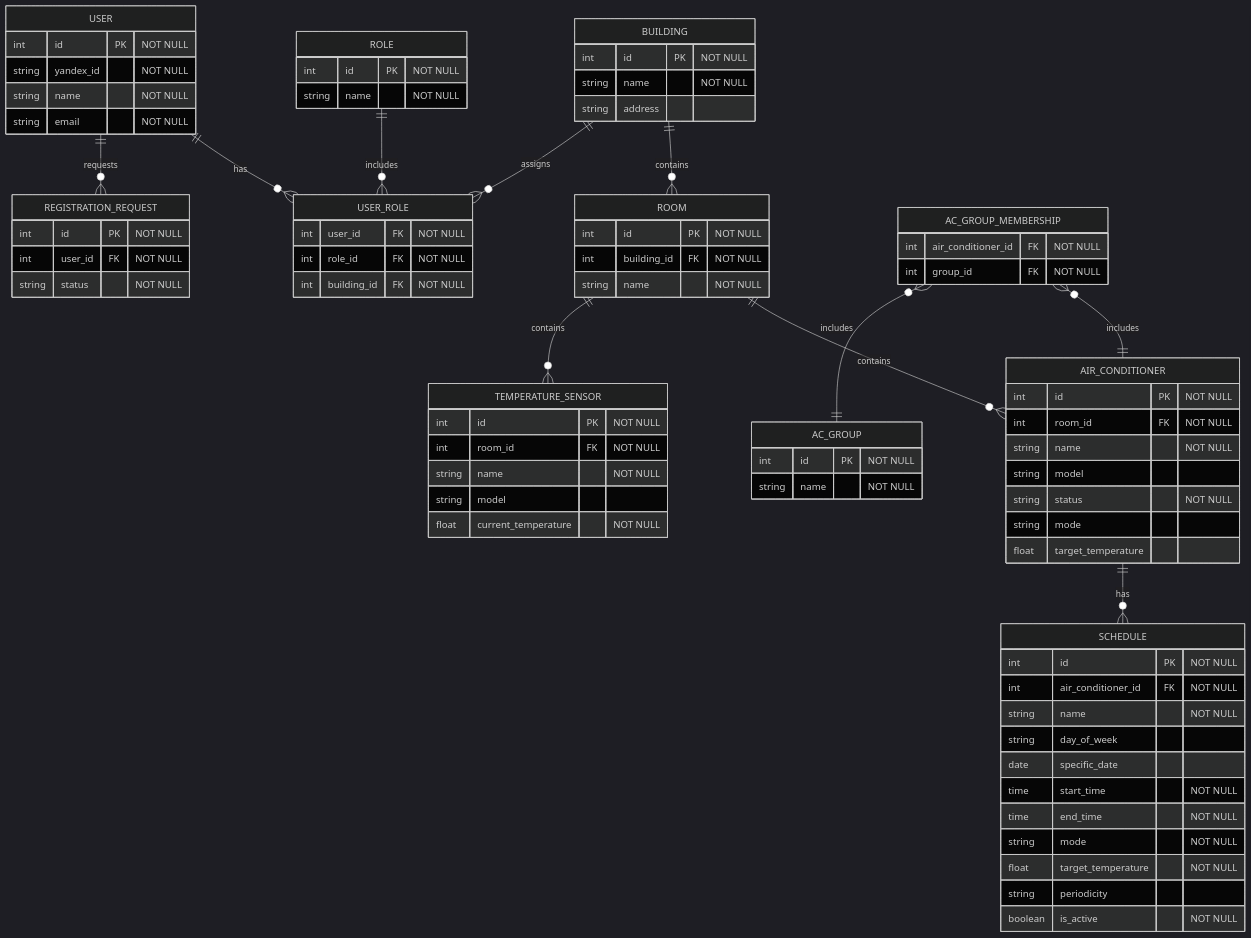
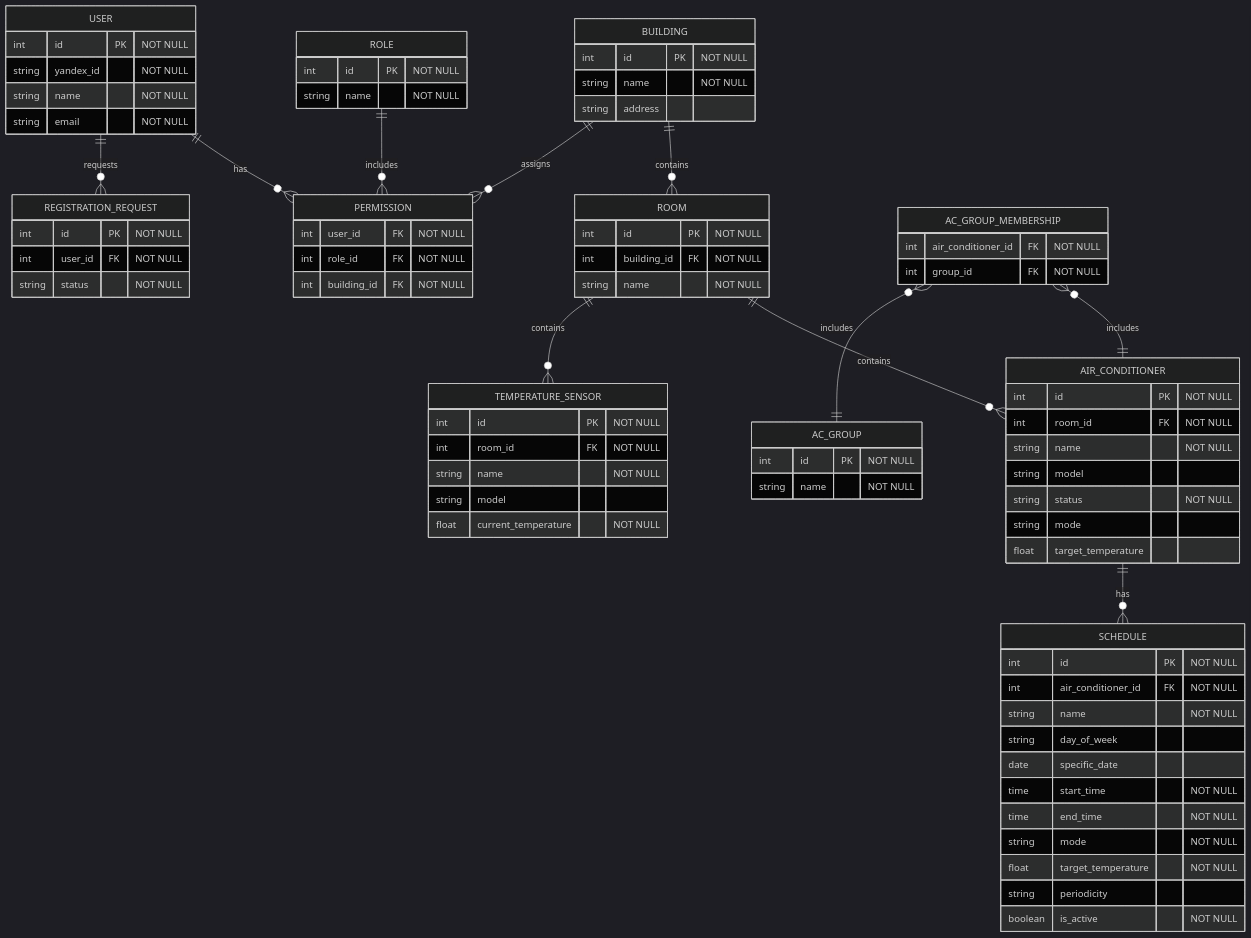
Before and after one commit to dllnnx/is-coursework: the diagram in docs/data-model.mmd, drawn with Mermaid (dark theme). The commit also changed 1 other file, not shown here.

Commit message:
change user_role to permission

```diff
--- a/docs/data-model.mmd
+++ b/docs/data-model.mmd
@@ -1,90 +1,90 @@
 erDiagram
     USER {
         int id PK "NOT NULL"
         string yandex_id "NOT NULL"
         string name "NOT NULL"
         string email "NOT NULL"
     }
     
     ROLE {
         int id PK "NOT NULL"
         string name "NOT NULL"
     }
     
     BUILDING {
         int id PK "NOT NULL"
         string name "NOT NULL"
         string address 
     }
     
     ROOM {
         int id PK "NOT NULL"
         int building_id FK "NOT NULL"
         string name "NOT NULL"
     }
     
     AIR_CONDITIONER {
         int id PK "NOT NULL"
         int room_id FK "NOT NULL"
         string name "NOT NULL"
         string model 
         string status "NOT NULL"
         string mode 
         float target_temperature
     }
     
     TEMPERATURE_SENSOR {
         int id PK "NOT NULL"
         int room_id FK "NOT NULL"
         string name "NOT NULL"
         string model 
         float current_temperature "NOT NULL"
     }
     
     SCHEDULE {
         int id PK "NOT NULL"
         int air_conditioner_id FK "NOT NULL"
         string name "NOT NULL"
         string day_of_week
         date specific_date
         time start_time "NOT NULL"
         time end_time "NOT NULL"
         string mode "NOT NULL"
         float target_temperature "NOT NULL"
         string periodicity 
         boolean is_active "NOT NULL"
     }
     
     AC_GROUP {
         int id PK "NOT NULL"
         string name "NOT NULL"
     }
     
     REGISTRATION_REQUEST {
         int id PK "NOT NULL"
         int user_id FK "NOT NULL"
         string status "NOT NULL"
     }
     
     
-    USER_ROLE {
+    PERMISSION {
         int user_id FK "NOT NULL"
         int role_id FK "NOT NULL"
         int building_id FK "NOT NULL"
     }
     
     AC_GROUP_MEMBERSHIP {
         int air_conditioner_id FK "NOT NULL"
         int group_id FK "NOT NULL"
     }
     
-    USER ||--o{ USER_ROLE : has
-    ROLE ||--o{ USER_ROLE : includes
+    USER ||--o{ PERMISSION : has
+    ROLE ||--o{ PERMISSION : includes
     USER ||--o{ REGISTRATION_REQUEST : requests
     BUILDING ||--o{ ROOM : contains
-    BUILDING ||--o{ USER_ROLE : assigns
+    BUILDING ||--o{ PERMISSION : assigns
     ROOM ||--o{ AIR_CONDITIONER : contains
     ROOM ||--o{ TEMPERATURE_SENSOR : contains
     AIR_CONDITIONER ||--o{ SCHEDULE : has
     AC_GROUP_MEMBERSHIP }o--|| AIR_CONDITIONER : includes
     AC_GROUP_MEMBERSHIP }o--|| AC_GROUP : includes
```
